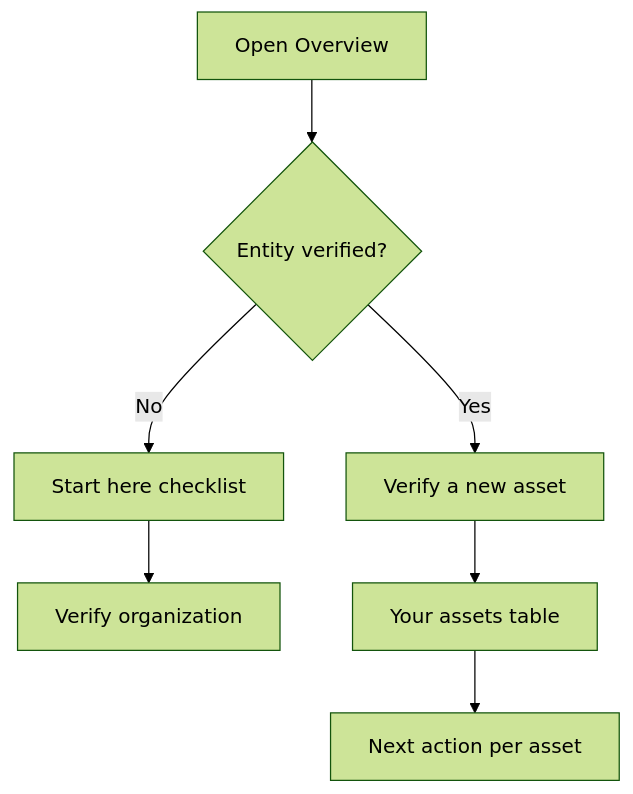
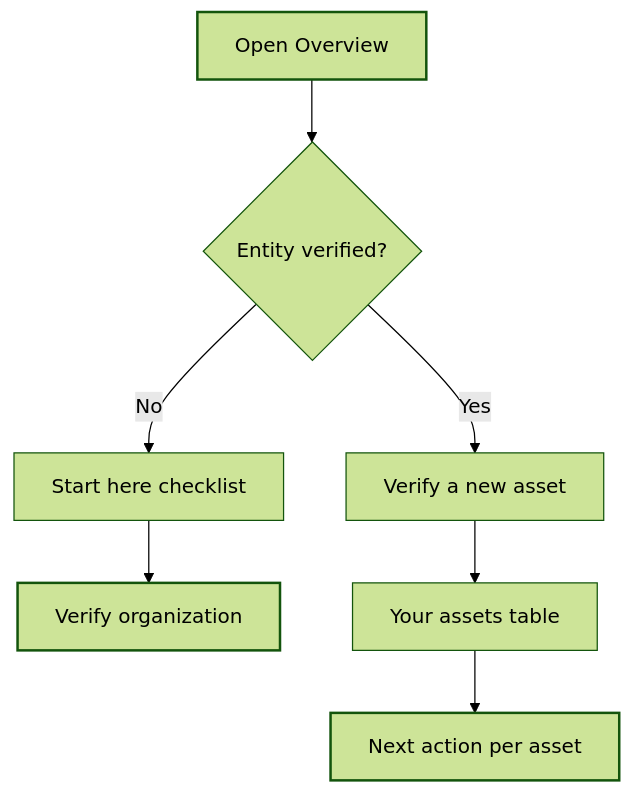
The diagram in passport/home.mdx (blupryntco/docs), drawn with Mermaid (forest theme) before and after one commit. The commit also changed 54 other files, not shown here.

Commit message:
Diagrams in site palette with dark mode; Developers overview for SDK + both APIs

````diff
--- a/passport/home.mdx
+++ b/passport/home.mdx
@@ -20,9 +20,13 @@
 ```mermaid
 flowchart TD
   A[Open Overview] --> B{Entity verified?}
   B -->|No| C[Start here checklist]
   C --> D[Verify organization]
   B -->|Yes| E[Verify a new asset]
   E --> F[Your assets table]
   F --> G[Next action per asset]
+classDef start stroke-width:2px
+classDef done stroke-width:2px
+class A start
+class D,G done
 ```
````
